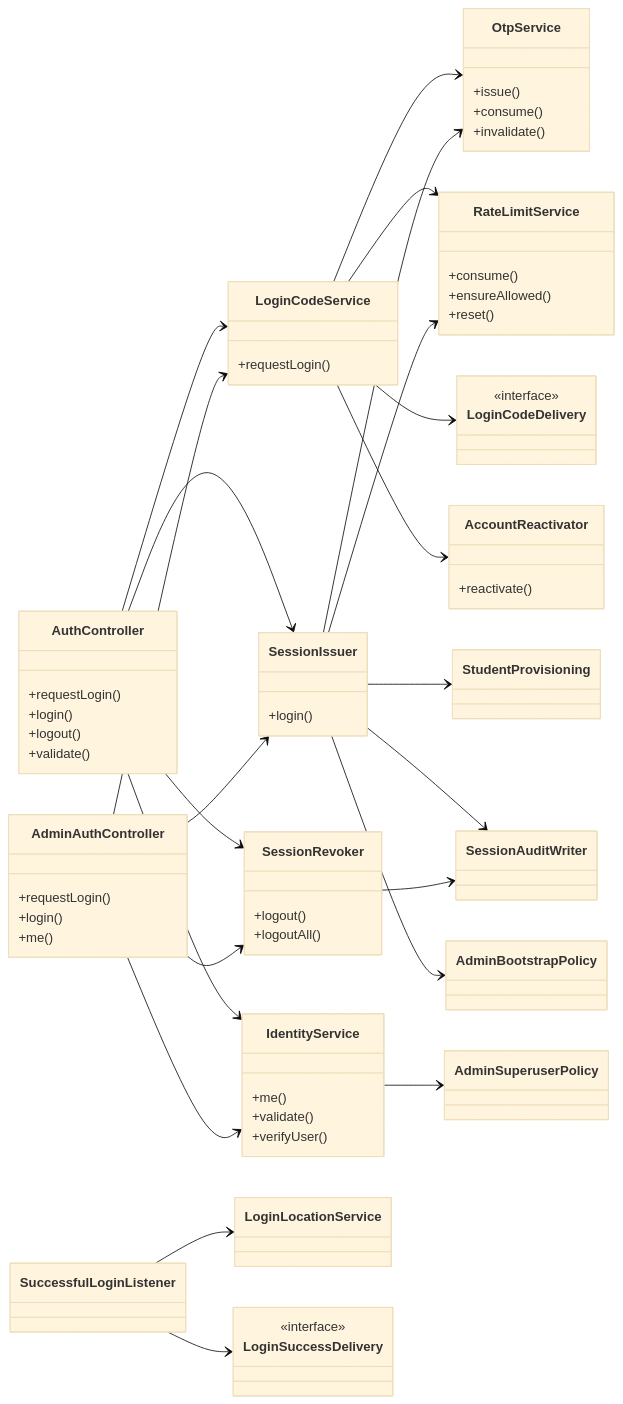
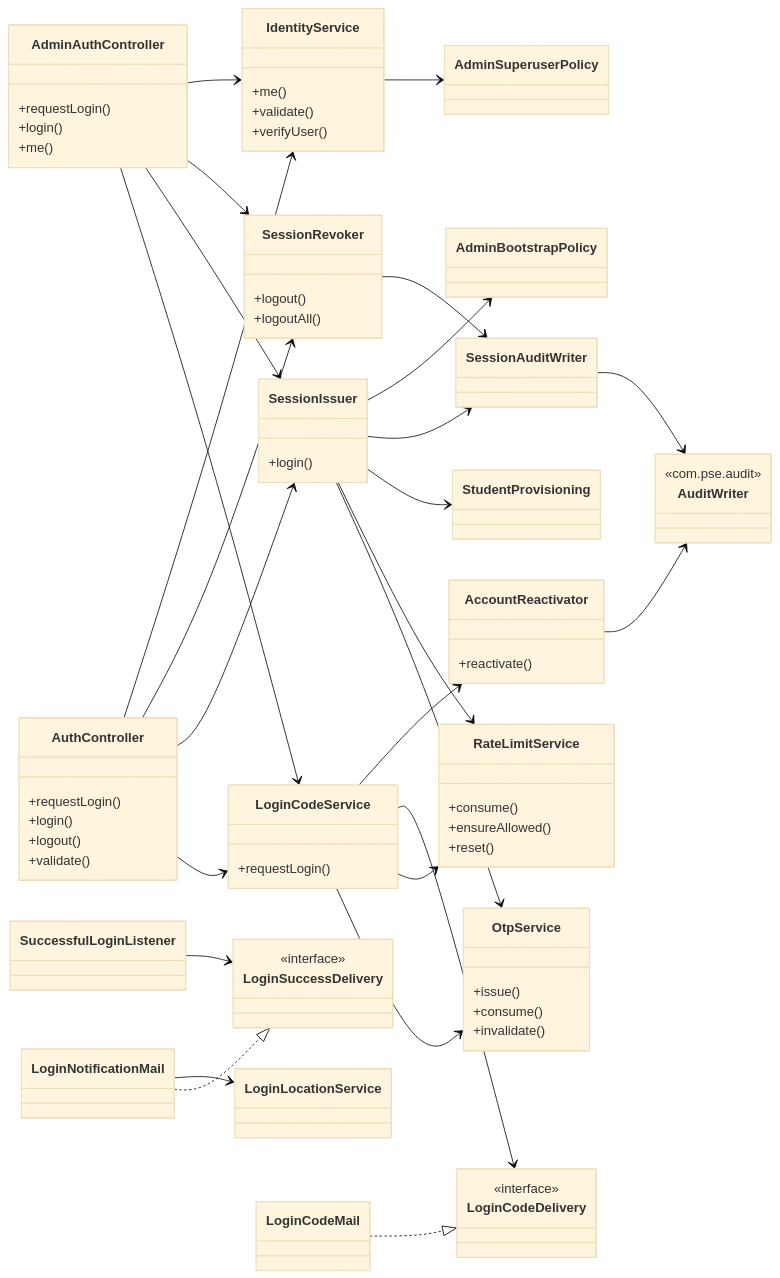
Before and after one commit to AlparslanSemiz/rate-my-professor: the first of 6 diagrams in backend/docs/class-diagrams.md, drawn with Mermaid (base theme). The commit also changed other lines of this file, not shown here.

Commit message:
correct the class diagrams

````diff
--- a/backend/docs/class-diagrams.md
+++ b/backend/docs/class-diagrams.md
@@ -94,7 +120,12 @@
     class LoginSuccessDelivery {
         <<interface>>
     }
+    class LoginCodeMail
+    class LoginNotificationMail
     class SuccessfulLoginListener
+    class AuditWriter {
+        <<com.pse.audit>>
+    }
 
     AuthController --> LoginCodeService
     AuthController --> SessionIssuer
@@ -118,6 +149,12 @@
     SessionRevoker --> SessionAuditWriter
     IdentityService --> AdminSuperuserPolicy
 
+    SessionAuditWriter --> AuditWriter
+    AccountReactivator --> AuditWriter
+
+    LoginCodeMail ..|> LoginCodeDelivery
+    LoginNotificationMail ..|> LoginSuccessDelivery
+    LoginNotificationMail --> LoginLocationService
+
     SuccessfulLoginListener --> LoginSuccessDelivery
-    SuccessfulLoginListener --> LoginLocationService
 ```
````
